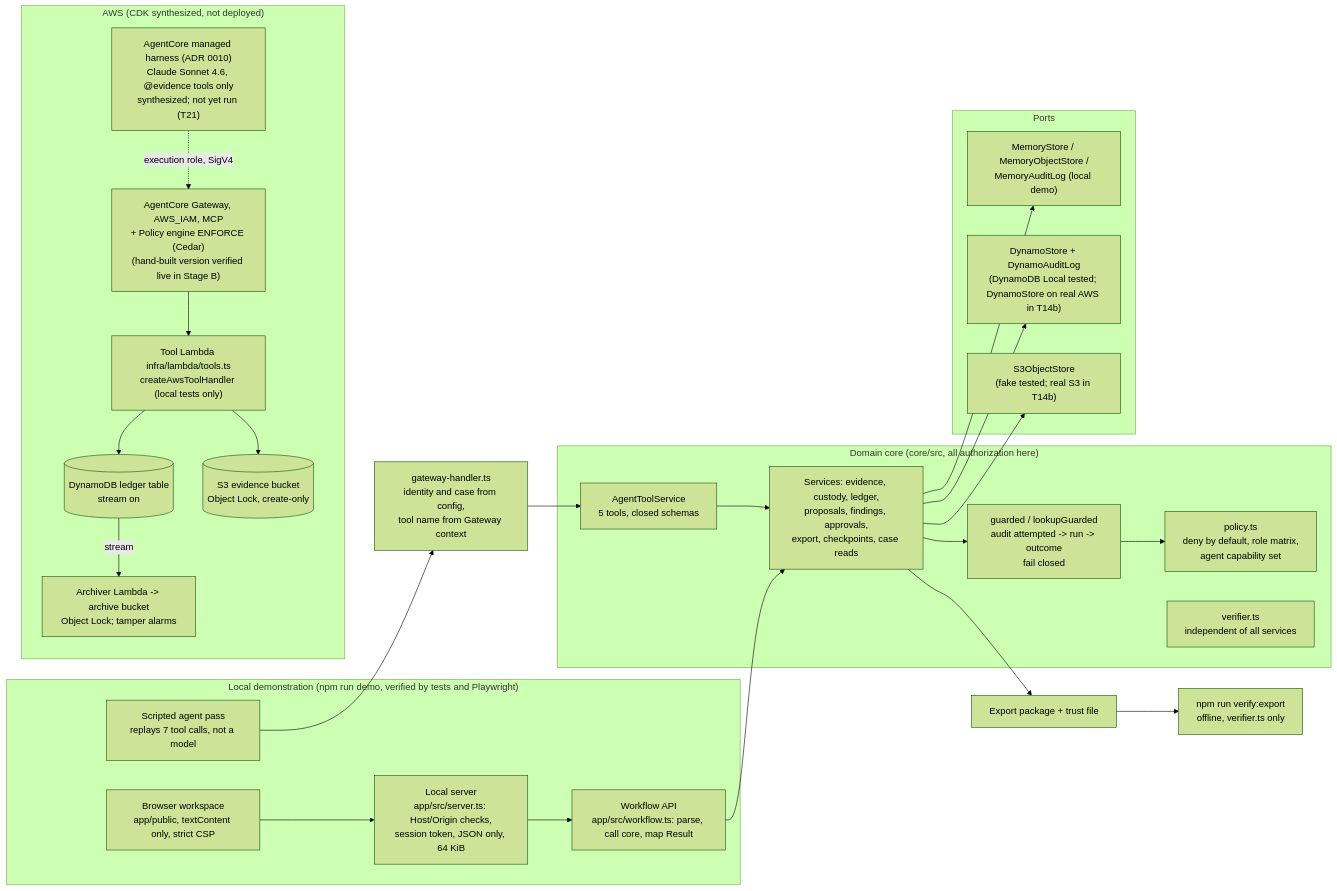
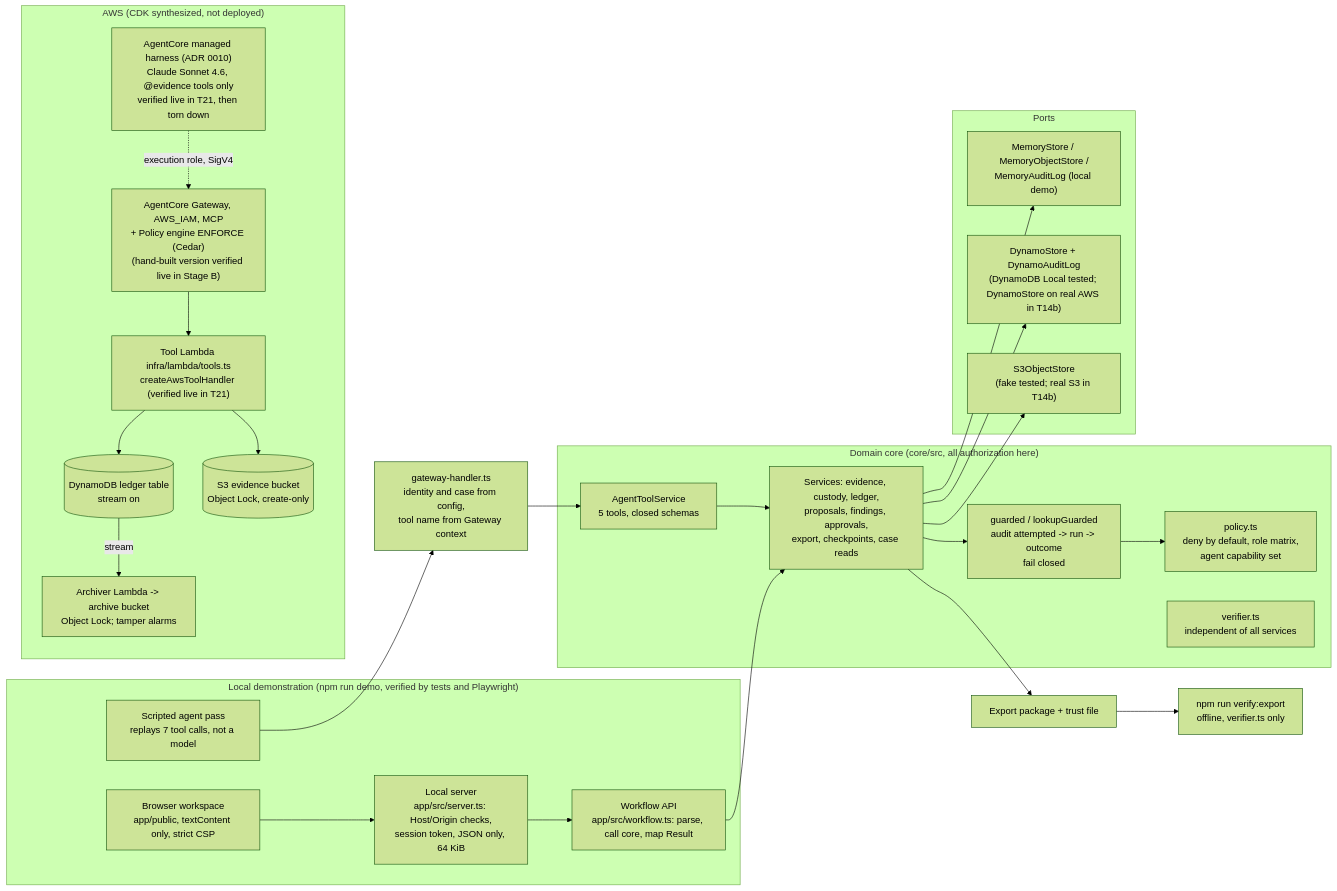
Before and after one commit to kcasko/chain-of-custody: the diagram in docs/ARCHITECTURE.md, drawn with Mermaid (forest theme). The commit also changed other lines of this file and 30 other files, not shown here.

````diff
--- a/docs/ARCHITECTURE.md
+++ b/docs/ARCHITECTURE.md
@@ -7,51 +7,51 @@
 ```mermaid
 flowchart LR
   subgraph Local["Local demonstration (npm run demo, verified by tests and Playwright)"]
     B["Browser workspace<br/>app/public, textContent only, strict CSP"]
     S["Local server<br/>app/src/server.ts: Host/Origin checks,<br/>session token, JSON only, 64 KiB"]
     W["Workflow API<br/>app/src/workflow.ts: parse, call core, map Result"]
     SA["Scripted agent pass<br/>replays 7 tool calls, not a model"]
     B --> S --> W
   end
 
   subgraph Core["Domain core (core/src, all authorization here)"]
     P["policy.ts<br/>deny by default, role matrix,<br/>agent capability set"]
     G["guarded / lookupGuarded<br/>audit attempted -> run -> outcome<br/>fail closed"]
     SV["Services: evidence, custody, ledger,<br/>proposals, findings, approvals,<br/>export, checkpoints, case reads"]
     T["AgentToolService<br/>5 tools, closed schemas"]
     V["verifier.ts<br/>independent of all services"]
     G --> P
     SV --> G
     T --> SV
   end
 
   W --> SV
   SA --> GH
   GH["gateway-handler.ts<br/>identity and case from config,<br/>tool name from Gateway context"] --> T
 
   subgraph Ports["Ports"]
     MS["MemoryStore / MemoryObjectStore /<br/>MemoryAuditLog (local demo)"]
     DS["DynamoStore + DynamoAuditLog<br/>(DynamoDB Local tested; DynamoStore on real AWS in T14b)"]
     S3["S3ObjectStore<br/>(fake tested; real S3 in T14b)"]
   end
   SV --> MS
   SV --> DS
   SV --> S3
 
   subgraph AWS["AWS (CDK synthesized, not deployed)"]
-    BMA["AgentCore managed harness (ADR 0010)<br/>Claude Sonnet 4.6, @evidence tools only<br/>synthesized; not yet run (T21)"]
+    BMA["AgentCore managed harness (ADR 0010)<br/>Claude Sonnet 4.6, @evidence tools only<br/>verified live in T21, then torn down"]
     GW["AgentCore Gateway, AWS_IAM, MCP<br/>+ Policy engine ENFORCE (Cedar)<br/>(hand-built version verified live in Stage B)"]
-    L["Tool Lambda infra/lambda/tools.ts<br/>createAwsToolHandler (local tests only)"]
+    L["Tool Lambda infra/lambda/tools.ts<br/>createAwsToolHandler (verified live in T21)"]
     DDB[("DynamoDB ledger table<br/>stream on")]
     EB[("S3 evidence bucket<br/>Object Lock, create-only")]
     AR["Archiver Lambda -> archive bucket<br/>Object Lock; tamper alarms"]
     BMA -.->|execution role, SigV4| GW
     GW --> L
     L --> DDB
     L --> EB
     DDB -->|stream| AR
   end
 
   E["Export package + trust file"] --> CLI["npm run verify:export<br/>offline, verifier.ts only"]
   SV --> E
 ```
````
